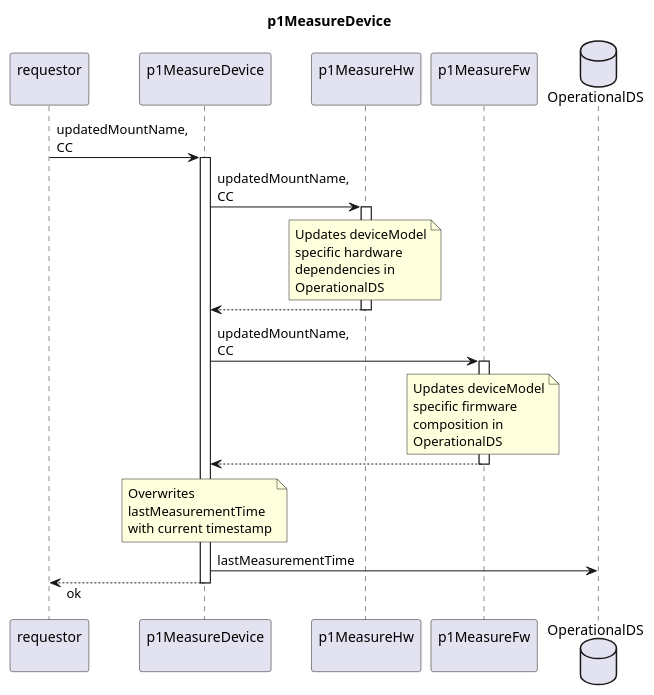
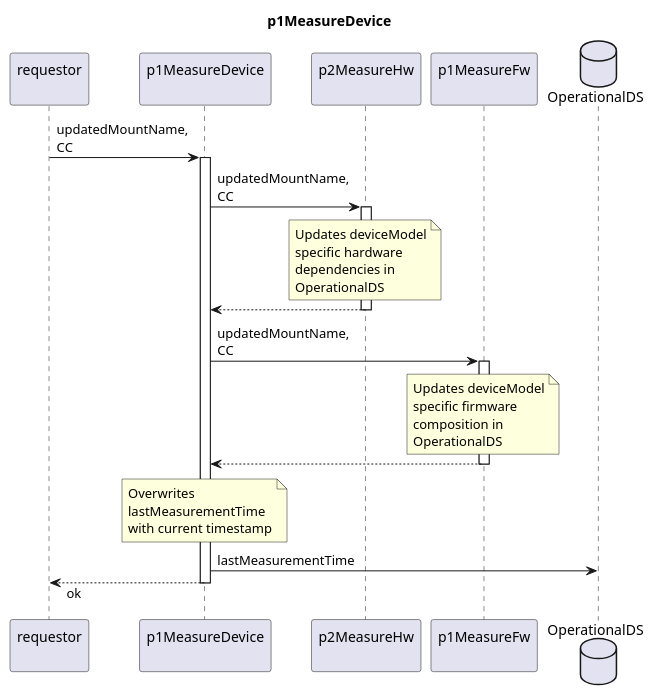
The diagram in spec/Functions/Measurement/p1MeasureDevice/1.0.0/p1MeasureDevice.plantuml (openBackhaul/FirmWareManager), drawn with PlantUML before and after one commit. The commit also changed 50 other files, not shown here.

```diff
--- a/spec/Functions/Measurement/p1MeasureDevice/1.0.0/p1MeasureDevice.plantuml
+++ b/spec/Functions/Measurement/p1MeasureDevice/1.0.0/p1MeasureDevice.plantuml
@@ -1,49 +1,49 @@
 @startuml p1MeasureDevice
 skinparam responseMessageBelowArrow true
 
 title
   p1MeasureDevice
 end title
 
 participant "requestor\n" as requestor
 participant "p1MeasureDevice\n" as indServ
-participant "p1MeasureHw\n" as updateHw
+participant "p2MeasureHw\n" as updateHw
 participant "p1MeasureFw\n" as updateFw
 
 database "OperationalDS" as OpDS
 
 requestor -> indServ: updatedMountName,\nCC
 activate indServ
   indServ -> updateHw: updatedMountName,\nCC
   activate updateHw
     note over updateHw
       Updates deviceModel
       specific hardware
       dependencies in
       OperationalDS
     end note
   indServ <-- updateHw
   deactivate updateHw
 
   indServ -> updateFw: updatedMountName,\nCC
   activate updateFw
     note over updateFw
       Updates deviceModel
       specific firmware
       composition in
       OperationalDS
     end note
   indServ <-- updateFw
   deactivate updateFw
 
   note over indServ
     Overwrites
     lastMeasurementTime
     with current timestamp
   end note
   indServ -> OpDS: lastMeasurementTime
 
 requestor <-- indServ: ok
 deactivate indServ
 
 @enduml
```
